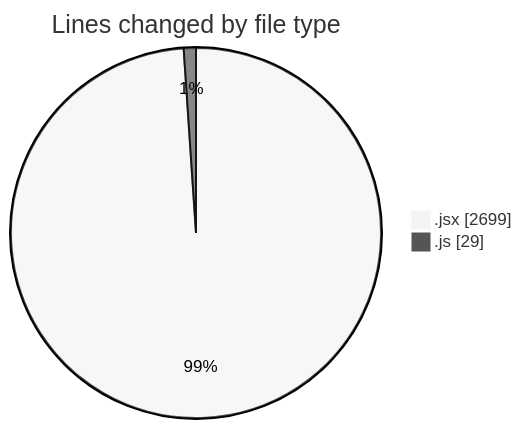
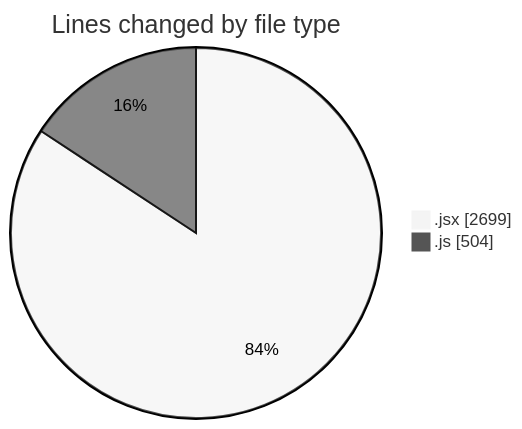
Before and after one commit to nxtqubesakshisongat/code-tracking: the first of 2 diagrams in 2026-01-07/nxtqube_webapp/README.md, drawn with Mermaid (neutral theme). The commit also changed other lines of this file and 1 other file, not shown here.

````diff
--- a/2026-01-07/nxtqube_webapp/README.md
+++ b/2026-01-07/nxtqube_webapp/README.md
@@ -23,6 +24,6 @@
 ```mermaid
 pie showData
 title Lines changed by file type
 ".jsx" : 2699
-".js" : 29
+".js" : 504
 ```
````
